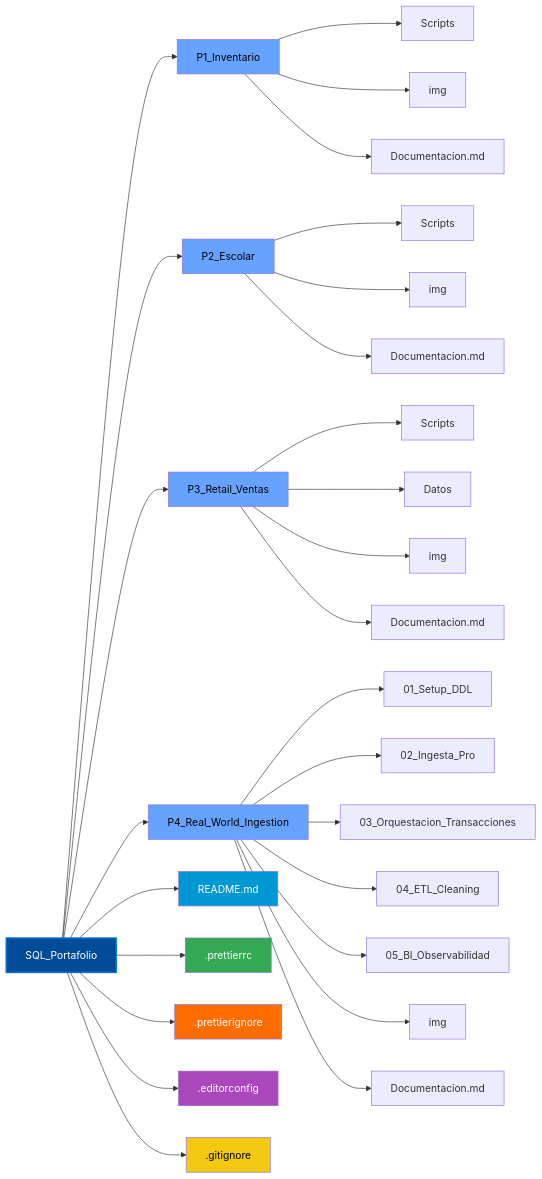
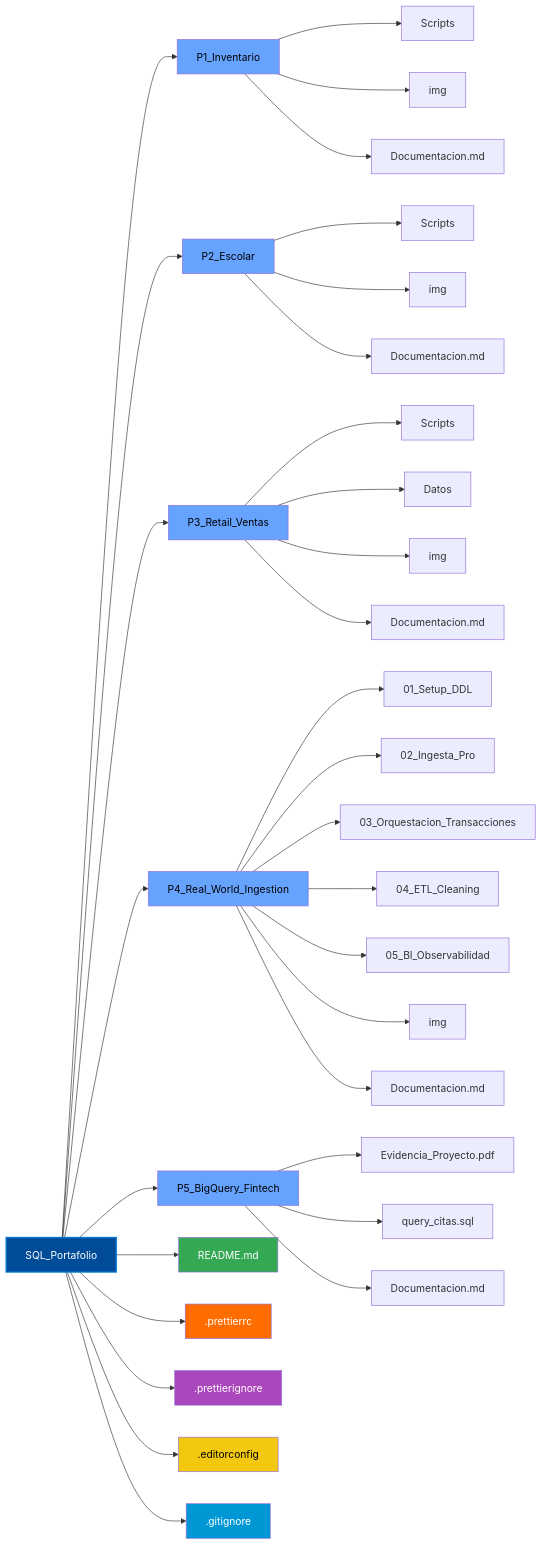
Before and after one commit to dzib/Portafolio-Alberto: the second of 2 diagrams in README.md, drawn with Mermaid. The commit also changed other lines of this file, not shown here.

Commit message:
refactor: UpDate README proyects

```````diff
--- a/README.md
+++ b/README.md
@@ -153,52 +153,58 @@
 ``````mermaid
 graph LR
     A[SQL_Portafolio]
 
     A --> B[P1_Inventario]
     A --> C[P2_Escolar]
     A --> D[P3_Retail_Ventas]
     A --> E[P4_Real_World_Ingestion]
+    A --> F[P5_BigQuery_Fintech]
 
     B --> B1[Scripts]
     B --> B2[img]
     B --> B3[Documentacion.md]
 
     C --> C1[Scripts]
     C --> C2[img]
     C --> C3[Documentacion.md]
 
     D --> D1[Scripts]
     D --> D2[Datos]
     D --> D3[img]
     D --> D4[Documentacion.md]
 
     E --> E1[01_Setup_DDL]
     E --> E2[02_Ingesta_Pro]
     E --> E3[03_Orquestacion_Transacciones]
     E --> E4[04_ETL_Cleaning]
     E --> E5[05_BI_Observabilidad]
     E --> E6[img]
     E --> E7[Documentacion.md]
 
-    A --> F[README.md]
-    A --> G[.prettierrc]
-    A --> H[.prettierignore]
-    A --> I[.editorconfig]
-    A --> J[.gitignore]
+	F --> F1[Evidencia_Proyecto.pdf]
+	F --> F2[query_citas.sql]
+    F --> F3[Documentacion.md]
+
+    A --> G[README.md]
+    A --> H[.prettierrc]
+    A --> I[.prettierignore]
+    A --> J[.editorconfig]
+    A --> K[.gitignore]
 
     %% Estilos ejecutivos
     style A fill:#004C99,color:#fff,stroke:#0078D4,stroke-width:2px
 
     %% Degradado por proyectos
     style B fill:#66A3FF,color:#000
     style C fill:#66A3FF,color:#000
     style D fill:#66A3FF,color:#000
     style E fill:#66A3FF,color:#000
+	style F fill:#66A3FF,color:#000
 
     %% Archivos clave
-    style F fill:#0098D4,color:#fff
+    style K fill:#0098D4,color:#fff
     style G fill:#34A853,color:#fff
     style H fill:#FF6D00,color:#fff
     style I fill:#AB47BC,color:#fff
     style J fill:#F2C811,color:#000
 ``````
```````
